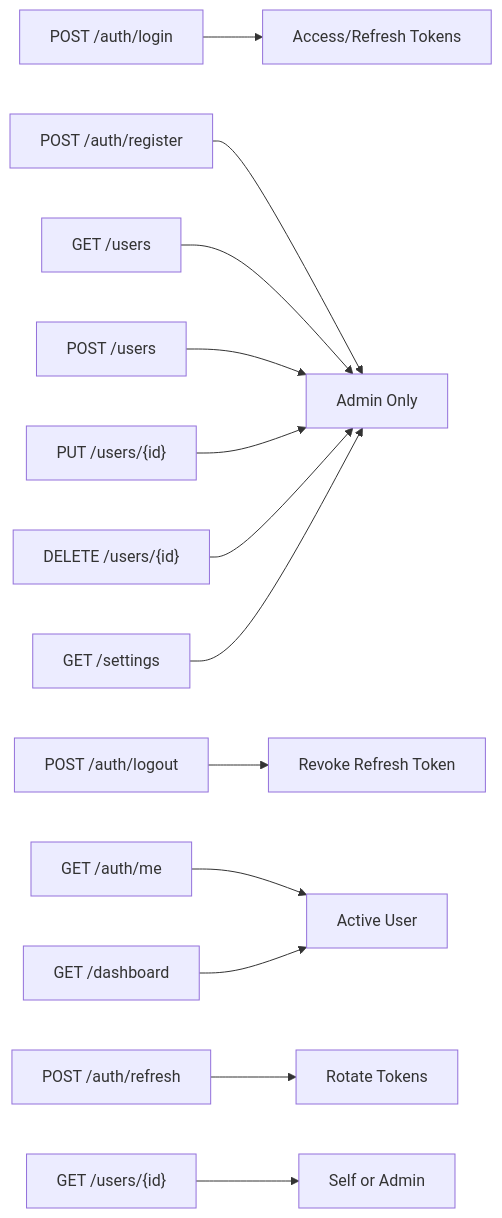
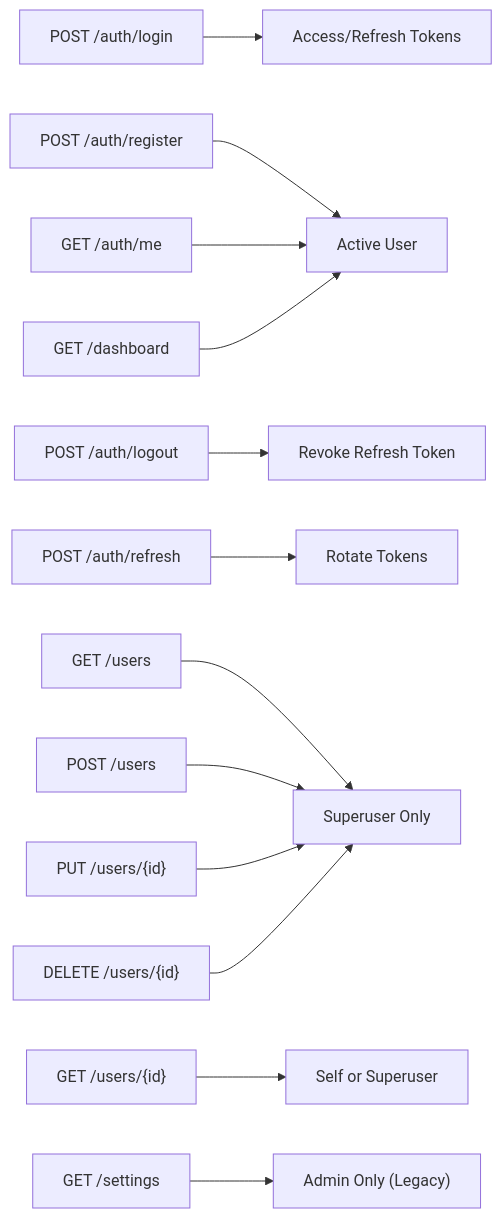
The fourth of 6 diagrams in .qoder/repowiki/en/content/Authentication & Authorization System/User Roles & Permissions.md (Nikita5543/New-SSO-02), drawn with Mermaid before and after one commit. The commit also changed other lines of this file and 4 other files, not shown here.

````diff
--- a/.qoder/repowiki/en/content/Authentication & Authorization System/User Roles & Permissions.md
+++ b/.qoder/repowiki/en/content/Authentication & Authorization System/User Roles & Permissions.md
@@ -216,15 +228,15 @@
 ```mermaid
 graph LR
 A_Login["POST /auth/login"] --> T_Token["Access/Refresh Tokens"]
-A_Register["POST /auth/register"] --> D_AdminOnly["Admin Only"]
+A_Register["POST /auth/register"] --> U_Active["Active User"]
 A_Logout["POST /auth/logout"] --> R_Revoke["Revoke Refresh Token"]
-A_Me["GET /auth/me"] --> U_Active["Active User"]
+A_Me["GET /auth/me"] --> U_Active
 A_Refresh["POST /auth/refresh"] --> T_Rotate["Rotate Tokens"]
-U_List["GET /users"] --> D_AdminOnly
-U_Get["GET /users/{id}"] --> P_SelfOrAdmin["Self or Admin"]
-U_Create["POST /users"] --> D_AdminOnly
-U_Update["PUT /users/{id}"] --> D_AdminOnly
-U_Delete["DELETE /users/{id}"] --> D_AdminOnly
+U_List["GET /users"] --> SU_SuperuserOnly["Superuser Only"]
+U_Get["GET /users/{id}"] --> P_SelfOrSuperuser["Self or Superuser"]
+U_Create["POST /users"] --> SU_SuperuserOnly
+U_Update["PUT /users/{id}"] --> SU_SuperuserOnly
+U_Delete["DELETE /users/{id}"] --> SU_SuperuserOnly
 Dash["GET /dashboard"] --> U_Active
-Sett["GET /settings"] --> D_AdminOnly
+Sett["GET /settings"] --> AD_AdminOnly["Admin Only (Legacy)"]
 ```
````
